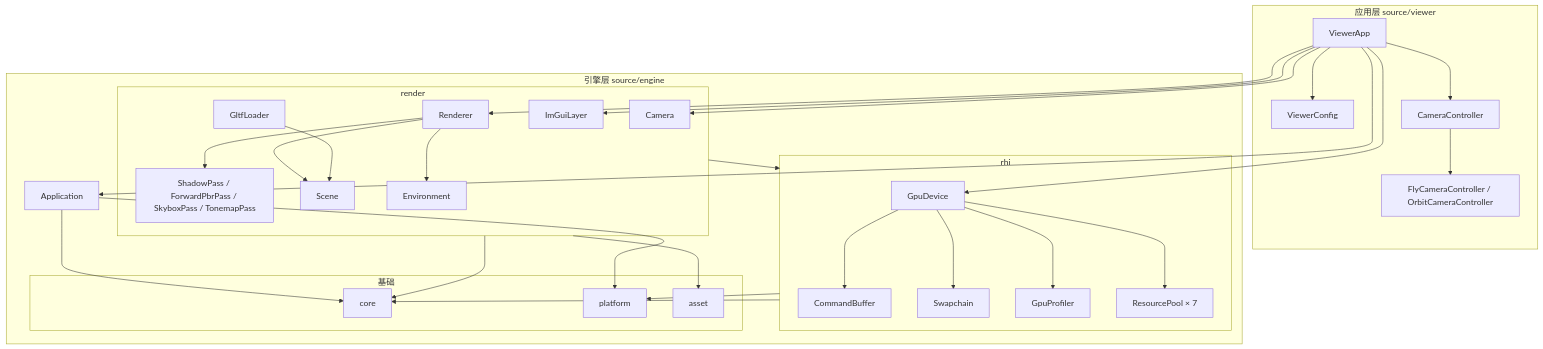
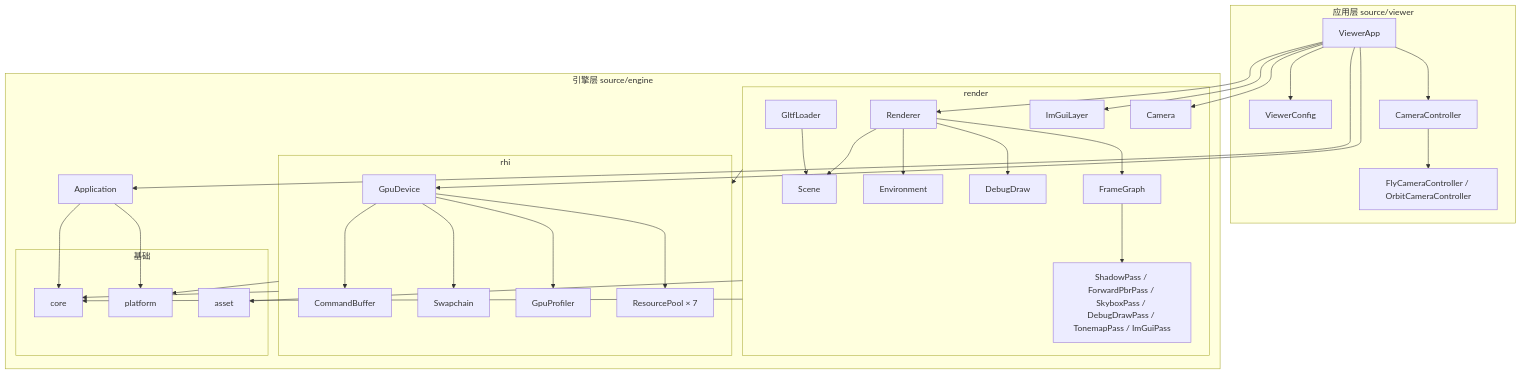
Before and after one commit to ChenJiaming5613/MEngine: the second of 9 diagrams in docs/Architecture.md, drawn with Mermaid. The commit also changed other lines of this file and 26 other files, not shown here.

First line of the commit message:
Integrate Raptor chapters 4 and 5: frame graph and debug drawing

````diff
--- a/docs/Architecture.md
+++ b/docs/Architecture.md
@@ -58,29 +58,30 @@
 ```mermaid
 graph TB
     subgraph app["应用层 source/viewer"]
         ViewerApp --> ViewerConfig & CameraController
         CameraController --> Fly["FlyCameraController / OrbitCameraController"]
     end
     subgraph engine["引擎层 source/engine"]
         Application
         subgraph render["render"]
-            Renderer --> Passes["ShadowPass / ForwardPbrPass / SkyboxPass / TonemapPass"]
-            Renderer --> Scene & Environment
+            Renderer --> Graph["FrameGraph"]
+            Graph --> Passes["ShadowPass / ForwardPbrPass / SkyboxPass / DebugDrawPass / TonemapPass / ImGuiPass"]
+            Renderer --> Scene & Environment & DebugDraw
             GltfLoader --> Scene
             ImGuiLayer
             Camera
         end
         subgraph rhi["rhi"]
             GpuDevice --> CommandBuffer & Swapchain & GpuProfiler
             GpuDevice --> Pools["ResourcePool × 7"]
         end
         subgraph base["基础"]
             core & platform & asset
         end
     end
     ViewerApp --> Application & Renderer & ImGuiLayer & GpuDevice & Camera
     render --> rhi
     rhi --> core & platform
     render --> asset & core
     Application --> platform & core
 ```
````
